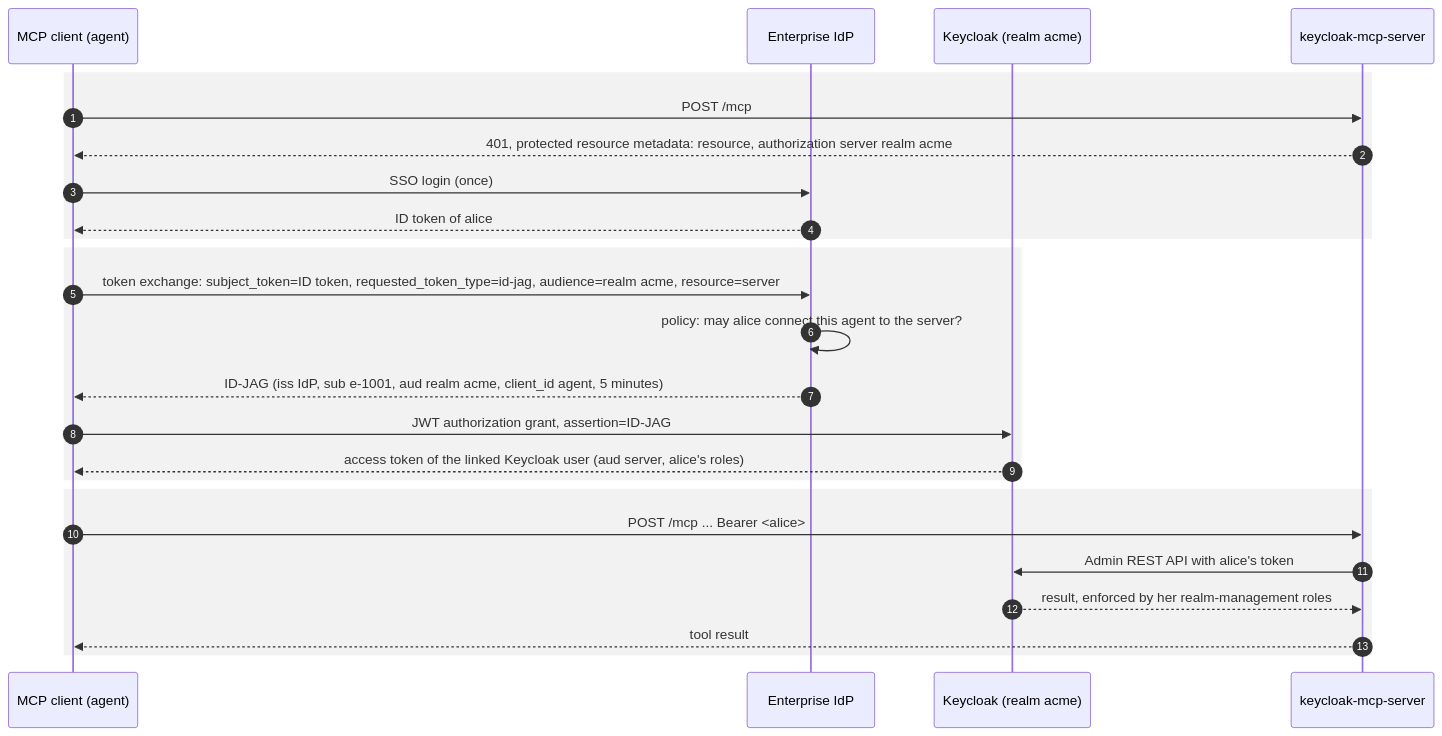
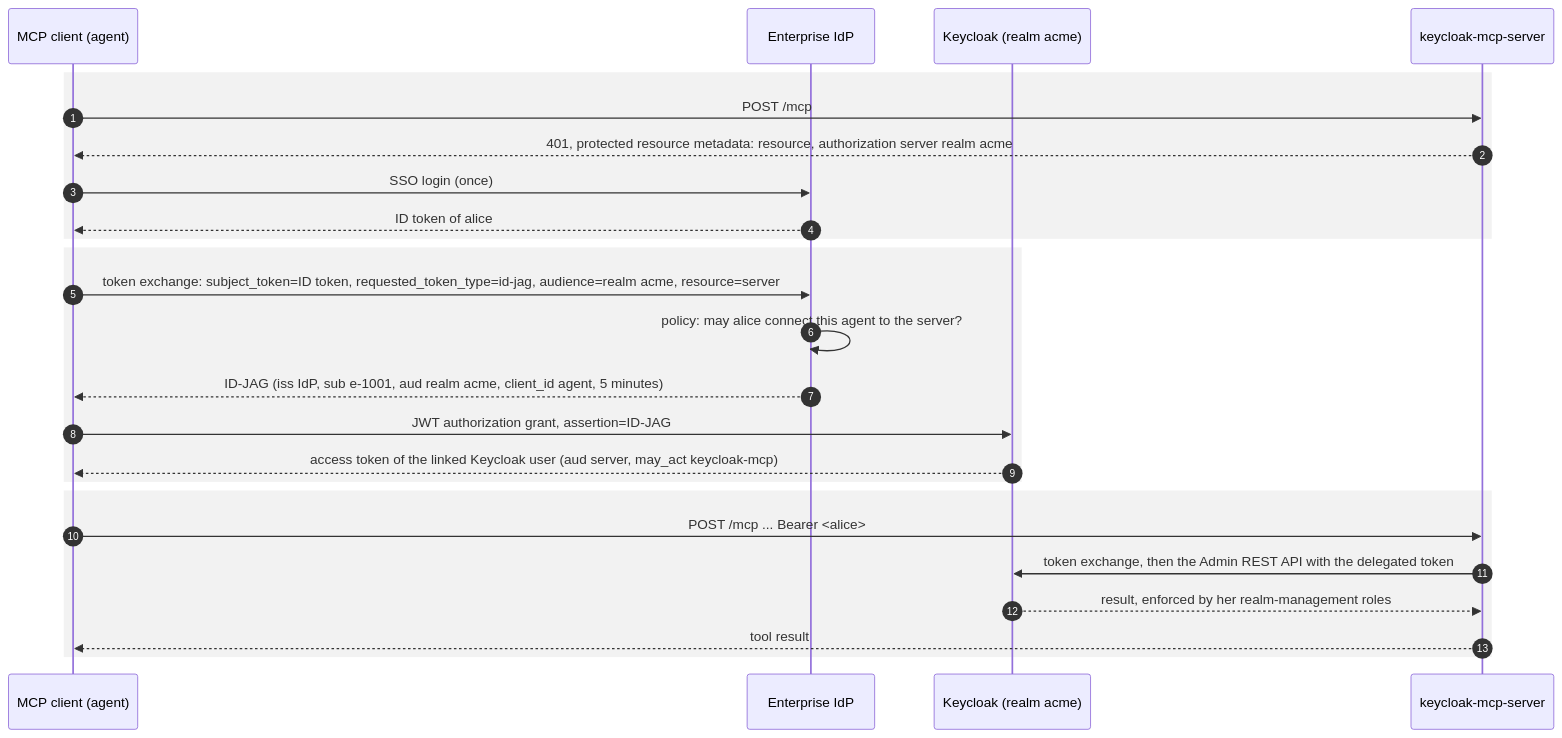
One commit to thomasdarimont/keycloak-mcp-server changed the fourth of 11 diagrams in docs/scenarios.md. Above: the diagram before and after it, drawn with Mermaid. The commit also changed other lines of this file and 126 other files, not shown here.

````diff
--- a/docs/scenarios.md
+++ b/docs/scenarios.md
@@ -114,27 +121,27 @@
 ```mermaid
 sequenceDiagram
     autonumber
     participant C as MCP client (agent)
     participant I as Enterprise IdP
     participant K as Keycloak (realm acme)
     participant S as keycloak-mcp-server
     rect rgba(127,127,127,0.10)
     C->>S: POST /mcp
     S-->>C: 401, protected resource metadata: resource, authorization server realm acme
     C->>I: SSO login (once)
     I-->>C: ID token of alice
     end
     rect rgba(127,127,127,0.10)
     C->>I: token exchange: subject_token=ID token, requested_token_type=id-jag, audience=realm acme, resource=server
     I->>I: policy: may alice connect this agent to the server?
     I-->>C: ID-JAG (iss IdP, sub e-1001, aud realm acme, client_id agent, 5 minutes)
     C->>K: JWT authorization grant, assertion=ID-JAG
-    K-->>C: access token of the linked Keycloak user (aud server, alice's roles)
+    K-->>C: access token of the linked Keycloak user (aud server, may_act keycloak-mcp)
     end
     rect rgba(127,127,127,0.10)
     C->>S: POST /mcp ... Bearer <alice>
-    S->>K: Admin REST API with alice's token
+    S->>K: token exchange, then the Admin REST API with the delegated token
     K-->>S: result, enforced by her realm-management roles
     S-->>C: tool result
     end
 ```
````
